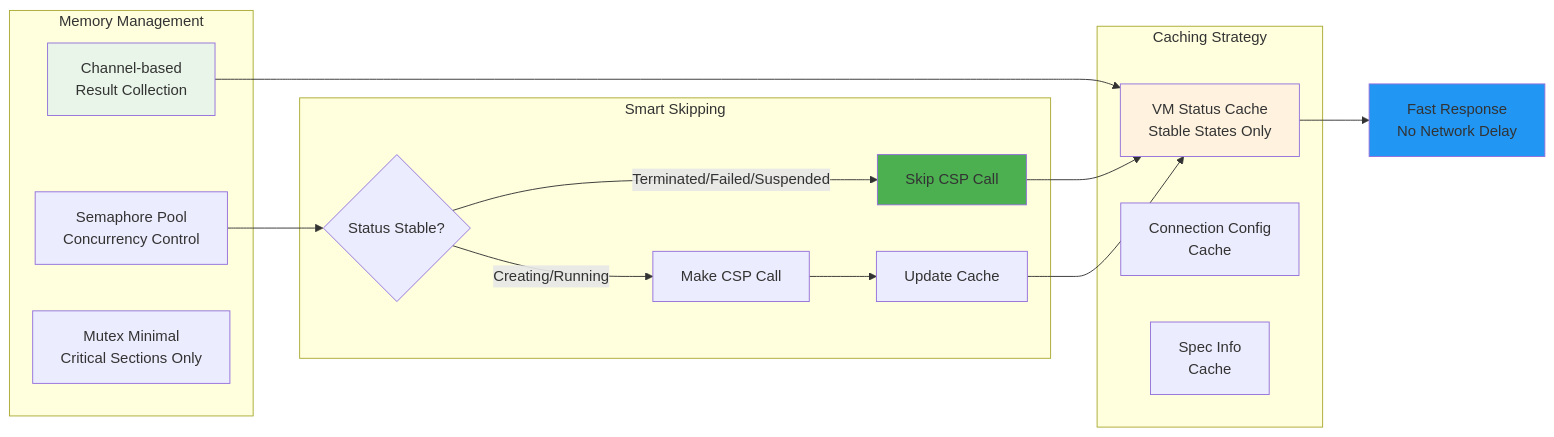
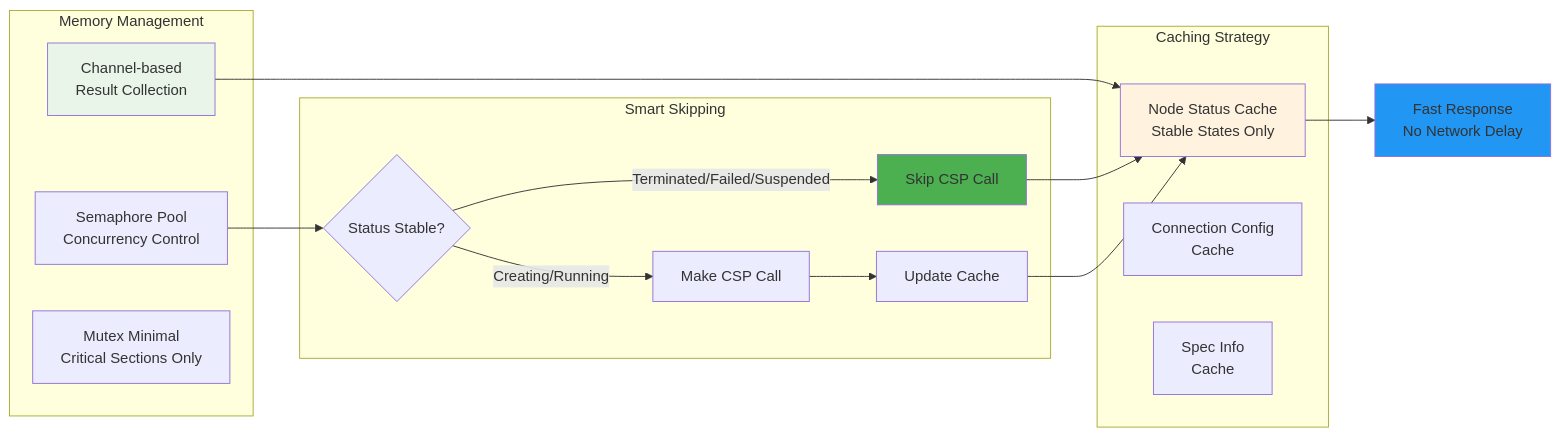
Before and after one commit to cloud-barista/cb-tumblebug: the fifth of 9 diagrams in docs/feature_guide/high-scale-provisioning-architecture.md, drawn with Mermaid. The commit also changed other lines of this file and 81 other files, not shown here.

````diff
--- a/docs/feature_guide/high-scale-provisioning-architecture.md
+++ b/docs/feature_guide/high-scale-provisioning-architecture.md
@@ -216,38 +216,38 @@
 ```mermaid
 flowchart LR
     subgraph "Memory Management"
         CHAN[Channel-based<br/>Result Collection]
         SEM[Semaphore Pool<br/>Concurrency Control]
         MUTEX[Mutex Minimal<br/>Critical Sections Only]
     end
     
     subgraph "Caching Strategy"
-        STATUS_CACHE[VM Status Cache<br/>Stable States Only]
+        STATUS_CACHE[Node Status Cache<br/>Stable States Only]
         CONN_CACHE[Connection Config<br/>Cache]
         SPEC_CACHE[Spec Info<br/>Cache]
     end
     
     subgraph "Smart Skipping"
         STABLE_CHECK{Status Stable?}
         CSP_SKIP[Skip CSP Call]
         CSP_CALL[Make CSP Call]
         CACHE_UPDATE[Update Cache]
     end
     
     CHAN --> STATUS_CACHE
     SEM --> STABLE_CHECK
     
     STABLE_CHECK -->|Terminated/Failed/Suspended| CSP_SKIP
     STABLE_CHECK -->|Creating/Running| CSP_CALL
     
     CSP_SKIP --> STATUS_CACHE
     CSP_CALL --> CACHE_UPDATE
     CACHE_UPDATE --> STATUS_CACHE
     
     STATUS_CACHE --> FAST_RESPONSE[Fast Response<br/>No Network Delay]
     
     style CHAN fill:#e8f5e8
     style STATUS_CACHE fill:#fff3e0
     style CSP_SKIP fill:#4caf50
     style FAST_RESPONSE fill:#2196f3
 ```
````
